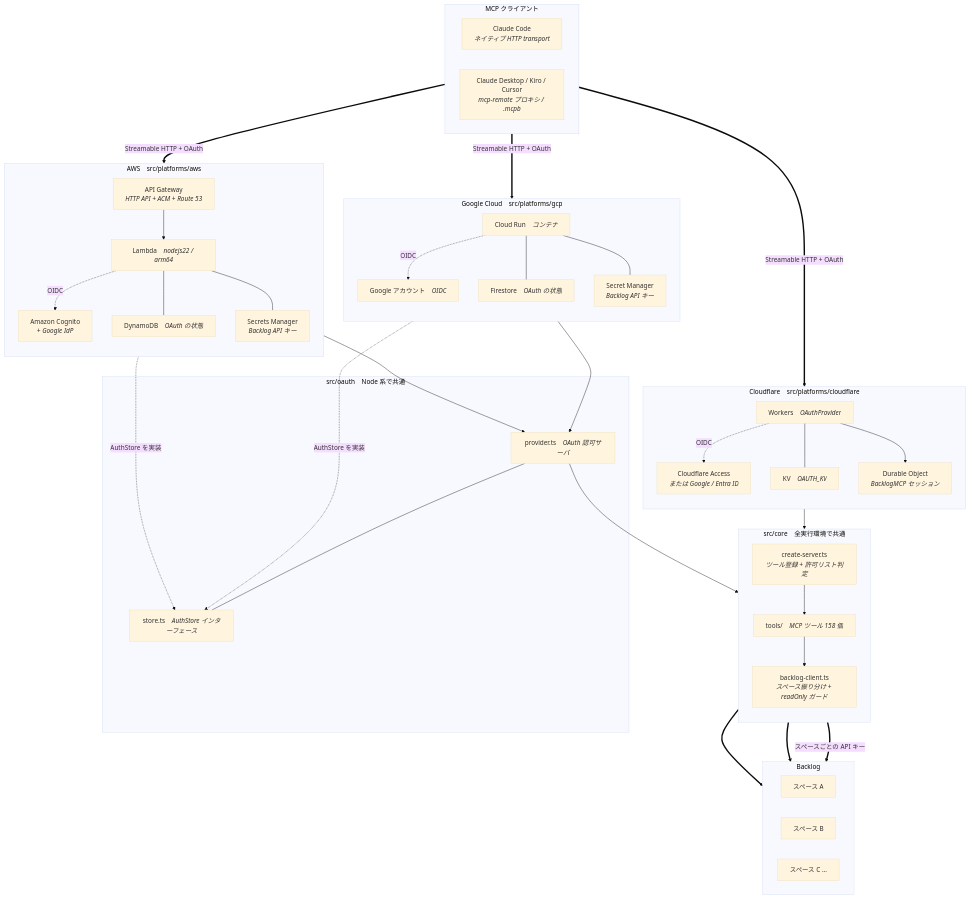
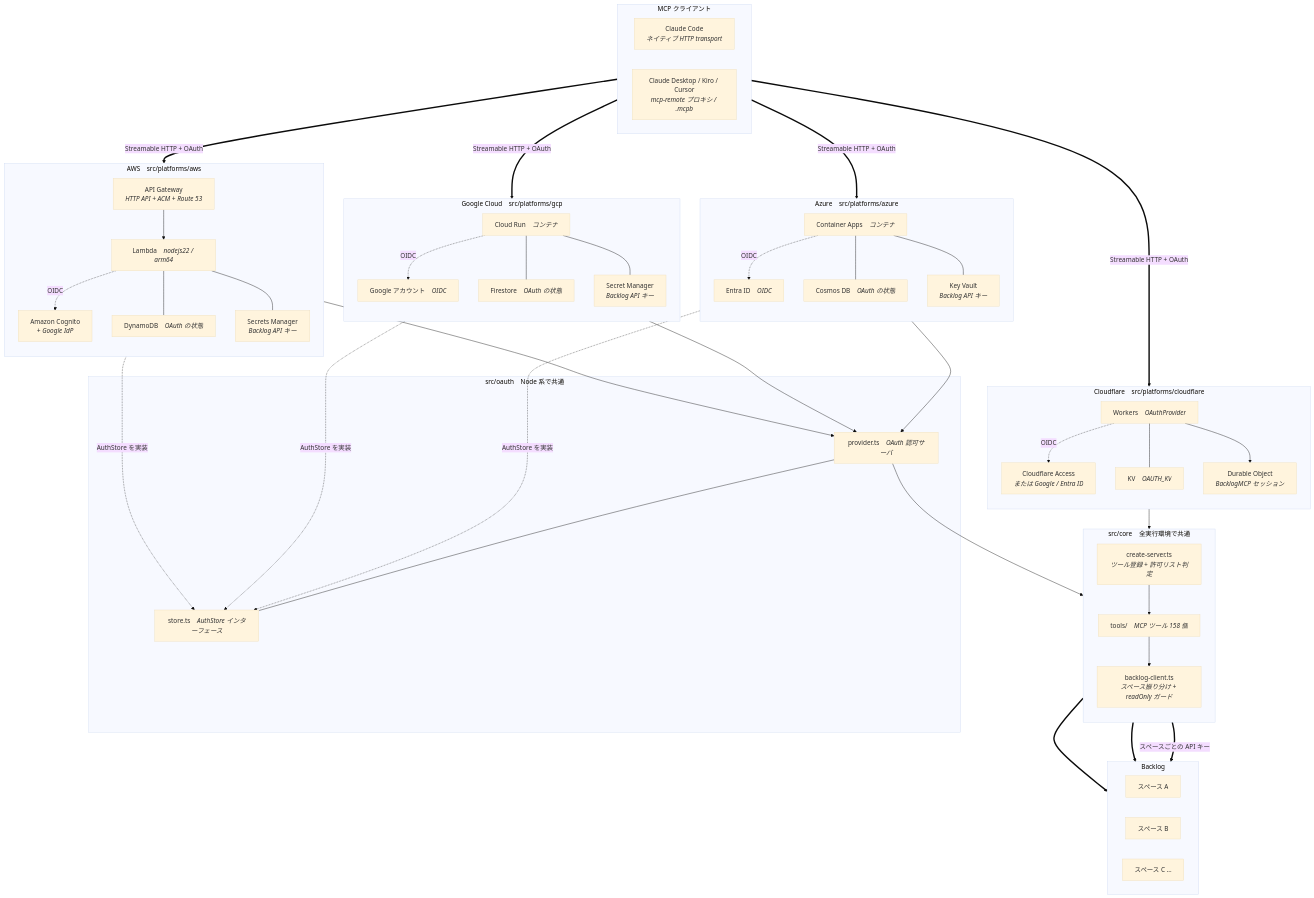
Before and after one commit to midnight480/backlog-remote-mcp-server: the first of 2 diagrams in README_ja.md, drawn with Mermaid (base theme). The commit also changed other lines of this file and 14 other files, not shown here.

First line of the commit message:
feat: Microsoft Azure (Container Apps) へのデプロイに対応する

```diff
--- a/README_ja.md
+++ b/README_ja.md
@@ -201,6 +202,17 @@
         RUN --- GSM
     end
 
+    subgraph azure["Azure &nbsp;&nbsp; src/platforms/azure"]
+        direction TB
+        ACA["Container Apps &nbsp;&nbsp; <i>コンテナ</i>"]
+        ENT["Entra ID &nbsp;&nbsp; <i>OIDC</i>"]
+        COS["Cosmos DB &nbsp;&nbsp; <i>OAuth の状態</i>"]
+        AKV["Key Vault<br/><i>Backlog API キー</i>"]
+        ACA -. "OIDC" .-> ENT
+        ACA --- COS
+        ACA --- AKV
+    end
+
     subgraph oauth["src/oauth &nbsp;&nbsp; Node 系で共通"]
         OP["provider.ts &nbsp;&nbsp; <i>OAuth 認可サーバ</i>"]
         OS["store.ts &nbsp;&nbsp; <i>AuthStore インターフェース</i>"]
@@ -225,12 +237,15 @@
     clients == "Streamable HTTP + OAuth" ==> CFW
     clients == "Streamable HTTP + OAuth" ==> APIGW
     clients == "Streamable HTTP + OAuth" ==> RUN
+    clients == "Streamable HTTP + OAuth" ==> ACA
     CFDO --> CS
     LAMBDA --> OP
     RUN --> OP
+    ACA --> OP
     OP --> CS
     DDB -. "AuthStore を実装" .-> OS
     FS -. "AuthStore を実装" .-> OS
+    COS -. "AuthStore を実装" .-> OS
     BC == "スペースごとの API キー" ==> BLA
     BC ==> BLB
     BC ==> BLC
```
